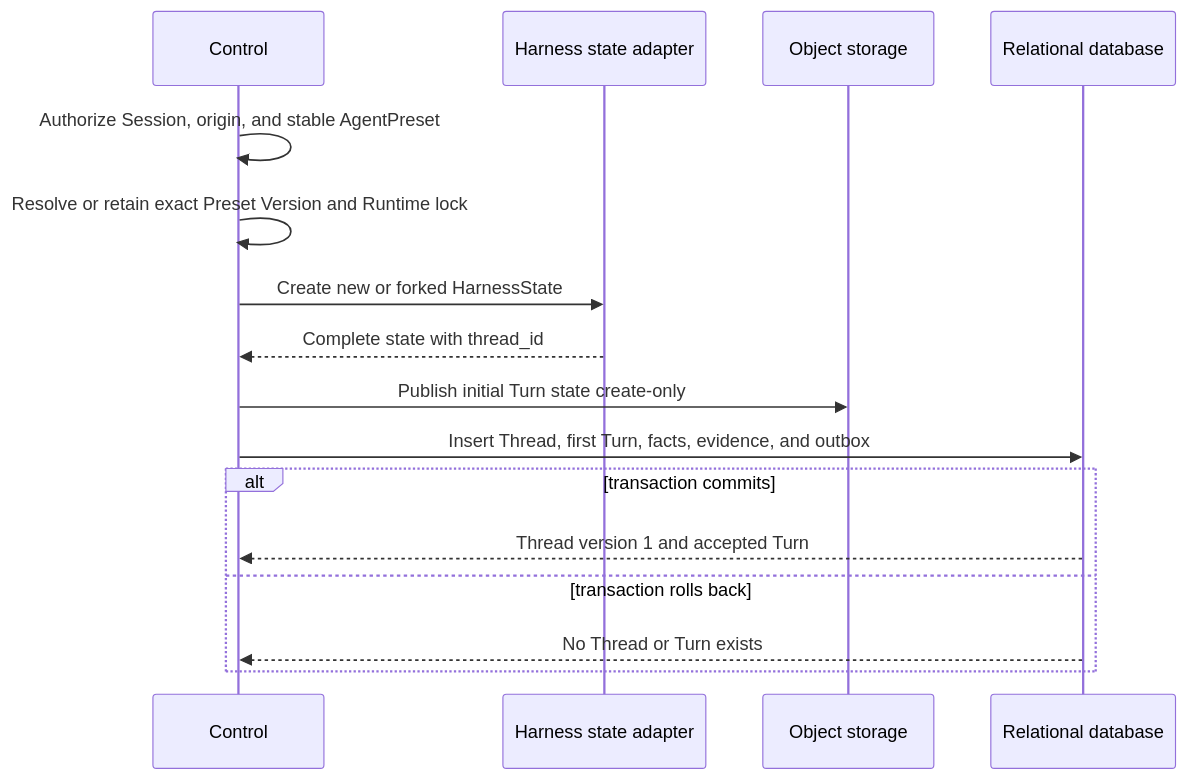
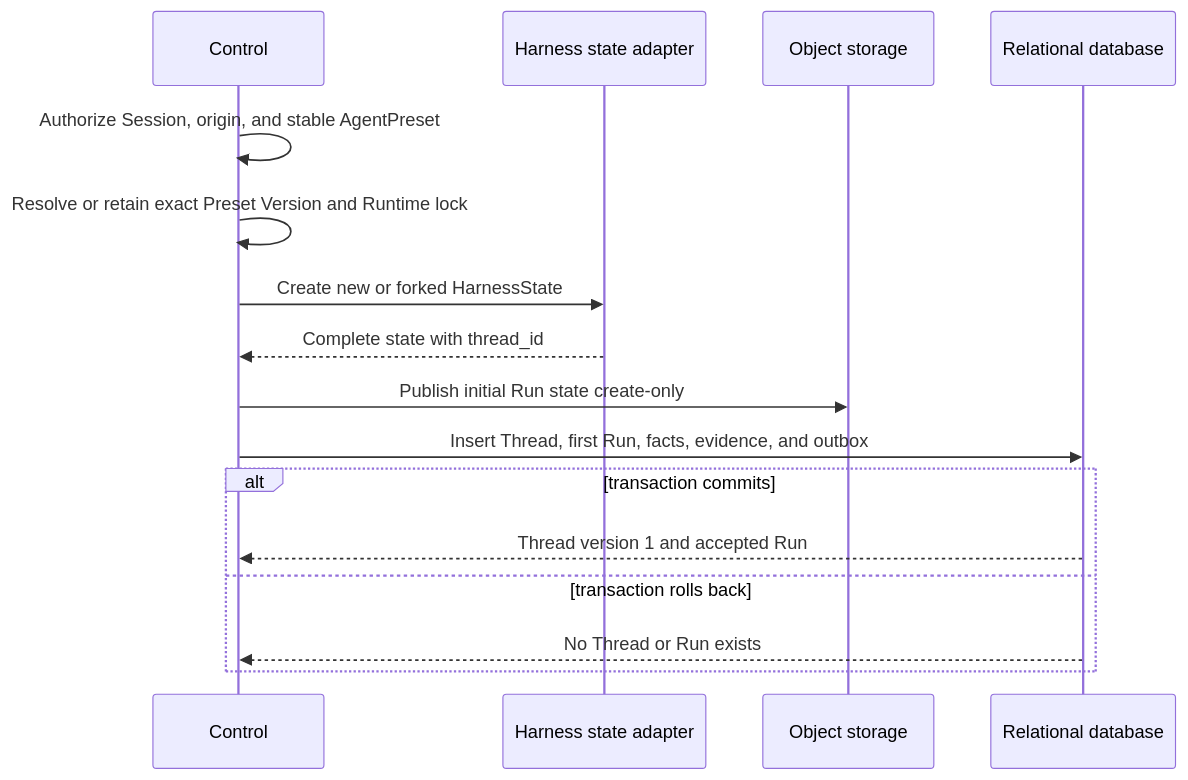
The diagram in spec/foundation-service/24-thread-persistence.md (LTThreeComma/agent-foundation), drawn with Mermaid before and after one commit. The commit also changed other lines of this file and 50 other files, not shown here.

````diff
--- a/spec/foundation-service/24-thread-persistence.md
+++ b/spec/foundation-service/24-thread-persistence.md
@@ -134,19 +134,19 @@
 ```mermaid
 sequenceDiagram
     participant Control
     participant Harness as Harness state adapter
     participant Objects as Object storage
     participant DB as Relational database
 
     Control->>Control: Authorize Session, origin, and stable AgentPreset
     Control->>Control: Resolve or retain exact Preset Version and Runtime lock
     Control->>Harness: Create new or forked HarnessState
     Harness-->>Control: Complete state with thread_id
-    Control->>Objects: Publish initial Turn state create-only
-    Control->>DB: Insert Thread, first Turn, facts, evidence, and outbox
+    Control->>Objects: Publish initial Run state create-only
+    Control->>DB: Insert Thread, first Run, facts, evidence, and outbox
     alt transaction commits
-        DB-->>Control: Thread version 1 and accepted Turn
+        DB-->>Control: Thread version 1 and accepted Run
     else transaction rolls back
-        DB-->>Control: No Thread or Turn exists
+        DB-->>Control: No Thread or Run exists
     end
 ```
````
